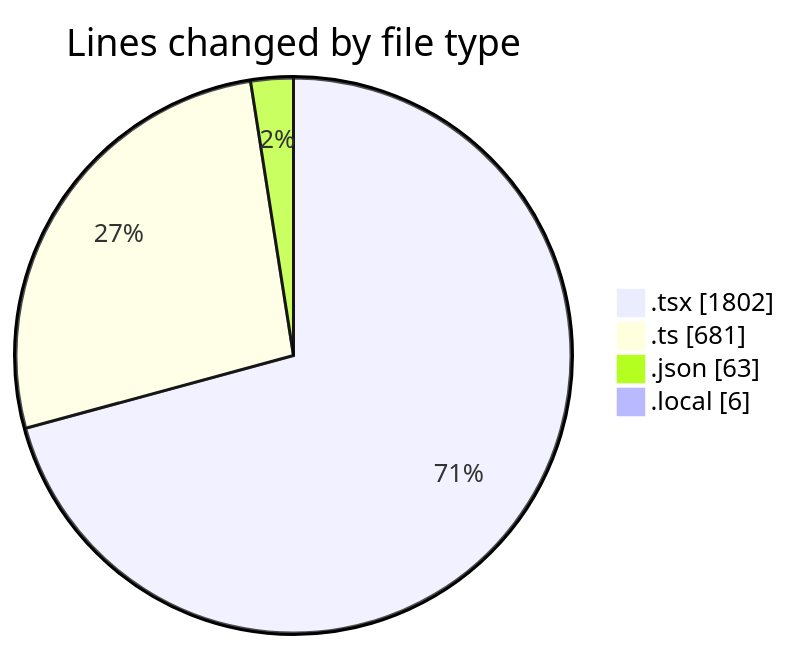
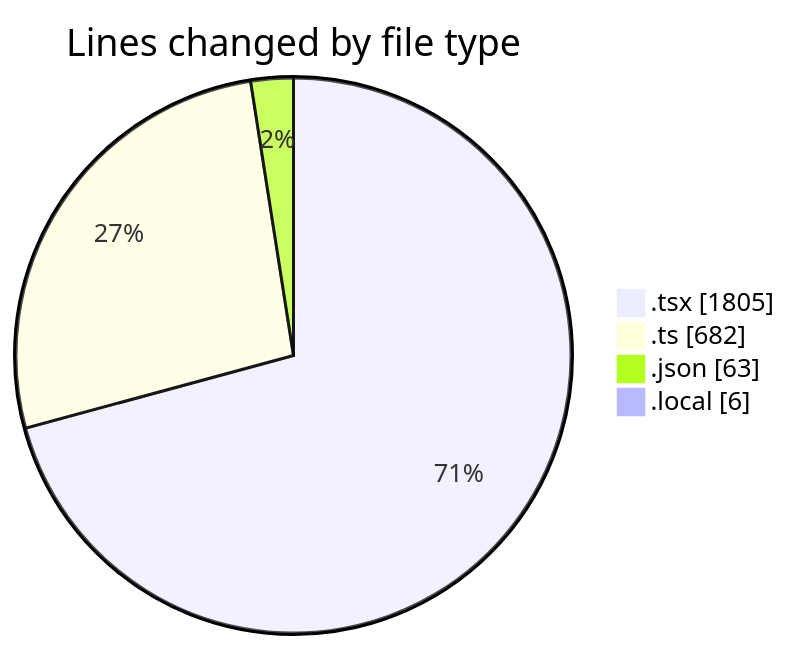
One commit to julien-gomy/code-tracking changed the first of 2 diagrams in 2025-10-21/eventscop-frontend-guide__workspace_/README.md. Above: the diagram before and after it, drawn with Mermaid. The commit also changed other lines of this file and 1 other file, not shown here.

````diff
--- a/2025-10-21/eventscop-frontend-guide__workspace_/README.md
+++ b/2025-10-21/eventscop-frontend-guide__workspace_/README.md
@@ -48,8 +48,8 @@
 ```mermaid
 pie showData
 title Lines changed by file type
-".tsx" : 1802
-".ts" : 681
+".tsx" : 1805
+".ts" : 682
 ".json" : 63
 ".local" : 6
 ```
````
